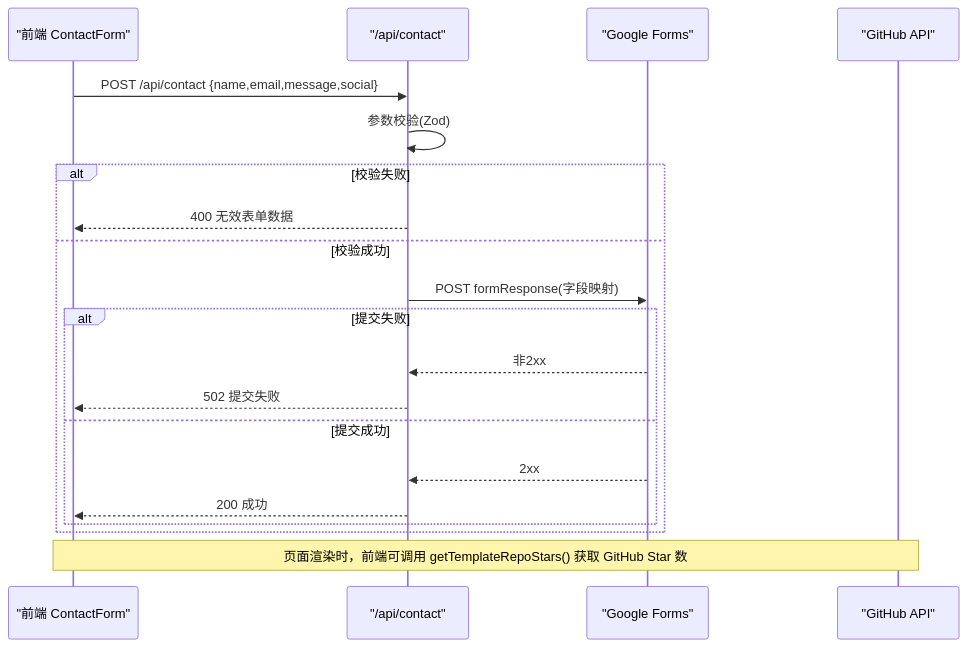
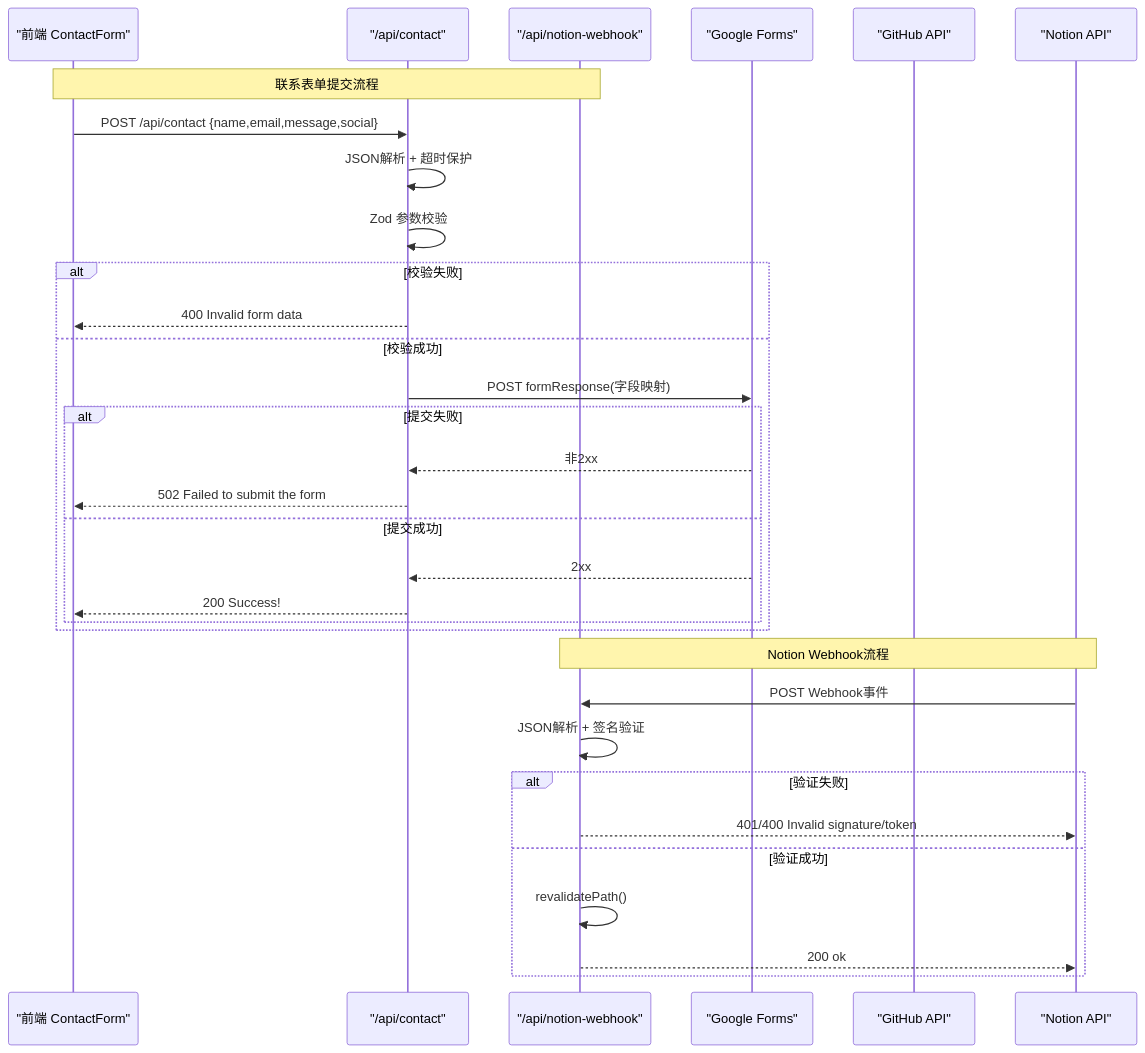
Before and after one commit to florianjsun/next-portfolio: the second of 6 diagrams in .qoder/repowiki/zh/content/API接口文档/API接口文档.md, drawn with Mermaid. The commit also changed other lines of this file and 49 other files, not shown here.

````diff
--- a/.qoder/repowiki/zh/content/API接口文档/API接口文档.md
+++ b/.qoder/repowiki/zh/content/API接口文档/API接口文档.md
@@ -85,22 +127,34 @@
 ```mermaid
 sequenceDiagram
 participant FE as "前端 ContactForm"
 participant API as "/api/contact"
+participant NW as "/api/notion-webhook"
 participant GF as "Google Forms"
 participant GH as "GitHub API"
+participant NOTION as "Notion API"
+Note over FE,NW : 联系表单提交流程
 FE->>API : POST /api/contact {name,email,message,social}
-API->>API : 参数校验(Zod)
+API->>API : JSON解析 + 超时保护
+API->>API : Zod 参数校验
 alt 校验失败
-API-->>FE : 400 无效表单数据
+API-->>FE : 400 Invalid form data
 else 校验成功
 API->>GF : POST formResponse(字段映射)
 alt 提交失败
 GF-->>API : 非2xx
-API-->>FE : 502 提交失败
+API-->>FE : 502 Failed to submit the form
 else 提交成功
 GF-->>API : 2xx
-API-->>FE : 200 成功
+API-->>FE : 200 Success!
 end
 end
-Note over FE,GH : 页面渲染时，前端可调用 getTemplateRepoStars() 获取 GitHub Star 数
+Note over NW,NOTION : Notion Webhook流程
+NOTION->>NW : POST Webhook事件
+NW->>NW : JSON解析 + 签名验证
+alt 验证失败
+NW-->>NOTION : 401/400 Invalid signature/token
+else 验证成功
+NW->>NW : revalidatePath()
+NW-->>NOTION : 200 ok
+end
 ```
````
